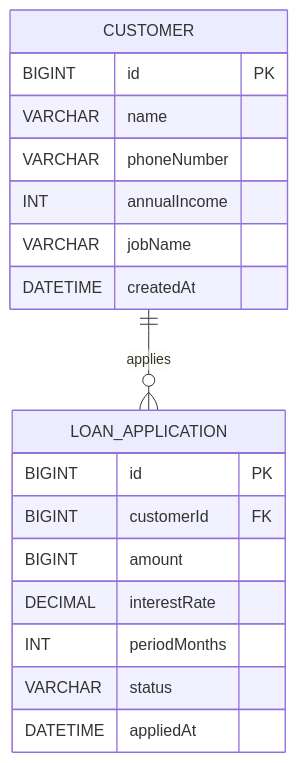
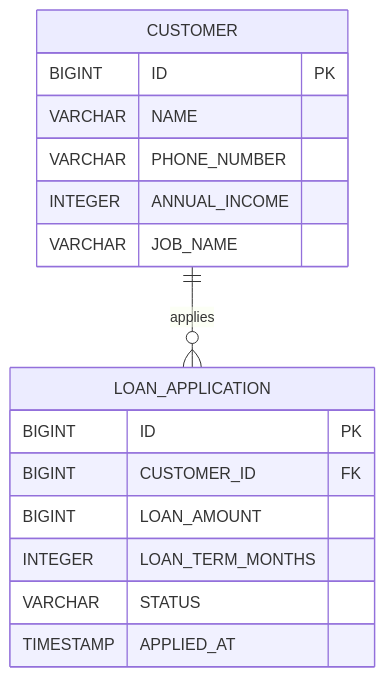
One commit to kim09033/loan-service changed the diagram in README.md. Above: the diagram before and after it, drawn with Mermaid. The commit also changed other lines of this file, not shown here.

````diff
--- a/README.md
+++ b/README.md
@@ -56,23 +56,21 @@
 ```mermaid
 erDiagram
     CUSTOMER {
-        BIGINT id PK
-        VARCHAR name
-        VARCHAR phoneNumber
-        INT annualIncome
-        VARCHAR jobName
-        DATETIME createdAt
+        BIGINT ID PK
+        VARCHAR NAME
+        VARCHAR PHONE_NUMBER
+        INTEGER ANNUAL_INCOME
+        VARCHAR JOB_NAME
     }
 
     LOAN_APPLICATION {
-        BIGINT id PK
-        BIGINT customerId FK
-        BIGINT amount
-        DECIMAL interestRate
-        INT periodMonths
-        VARCHAR status
-        DATETIME appliedAt
+        BIGINT ID PK
+        BIGINT CUSTOMER_ID FK
+        BIGINT LOAN_AMOUNT
+        INTEGER LOAN_TERM_MONTHS
+        VARCHAR STATUS
+        TIMESTAMP APPLIED_AT
     }
 
     CUSTOMER ||--o{ LOAN_APPLICATION : applies
 ```
````
